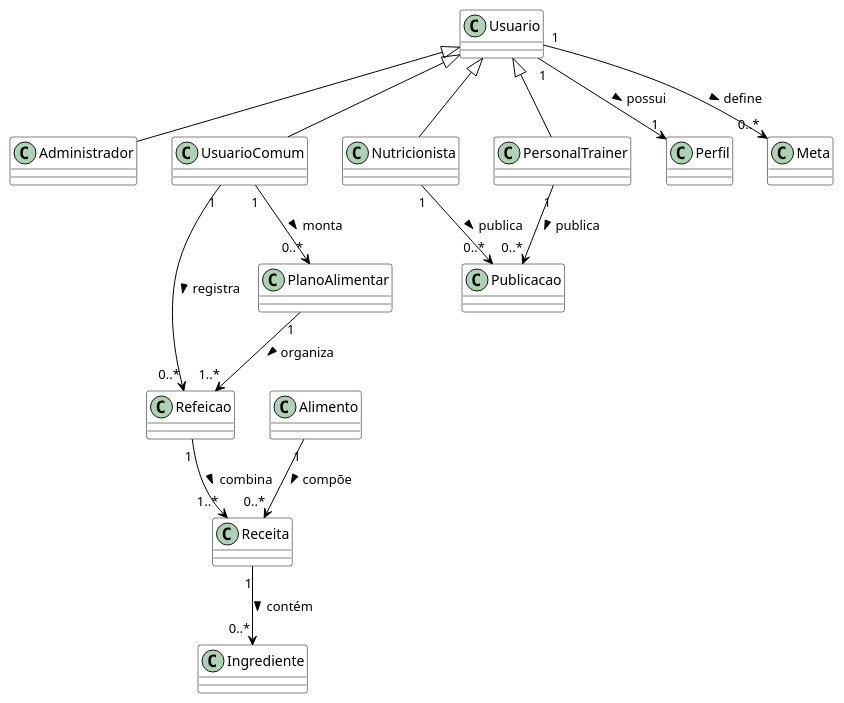
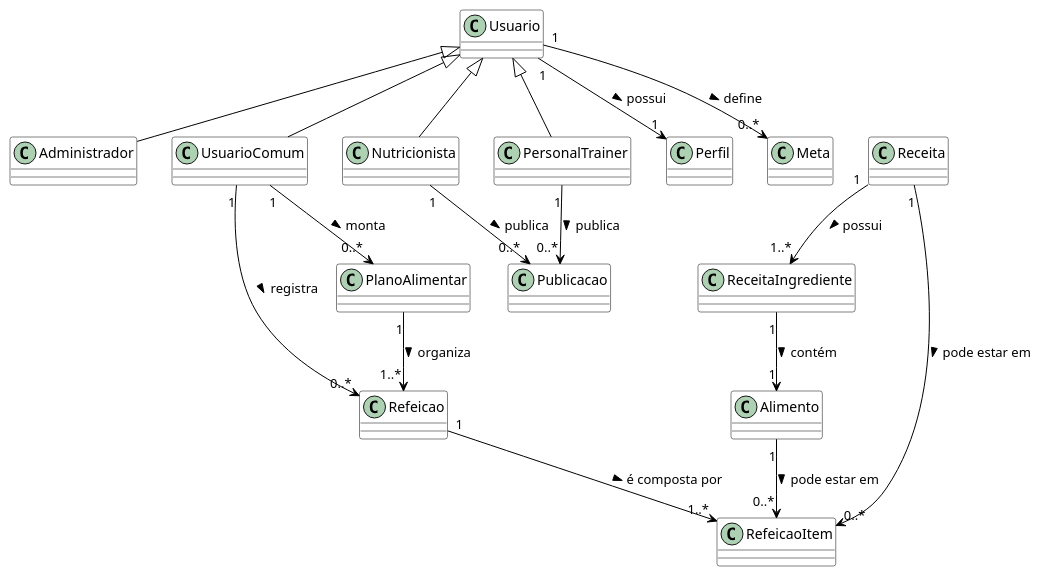
One commit to ICEI-PUC-Minas-PMV-SI/pmv-si-2025-2-pe3-t1-eixo3-projeto_nutri changed the diagram in docs/assets/classDiagram.puml. Above: the diagram before and after it, drawn with PlantUML. The commit also changed 2 other files, not shown here.

Commit message:
refactor: changes class diagram definition

```diff
--- a/docs/assets/classDiagram.puml
+++ b/docs/assets/classDiagram.puml
@@ -1,53 +1,56 @@
 @startuml
 skinparam class {
   BackgroundColor White
   ArrowColor Black
   BorderColor Black
 }
 
-class Usuario {
-}
-class Administrador {
-}
-class UsuarioComum {
-}
-class Nutricionista {
-}
-class PersonalTrainer {
-}
-class Perfil {
-}
-class Meta {
-}
-class Alimento {
-}
-class Receita {
-}
-class Ingrediente {
-}
-class Refeicao {
-}
-class PlanoAlimentar {
-}
-class Publicacao {
-}
+' Usuários
+class Usuario {}
+class Administrador {}
+class UsuarioComum {}
+class Nutricionista {}
+class PersonalTrainer {}
 
+' Perfil e Metas
+class Perfil {}
+class Meta {}
+
+' Alimentação
+class Alimento {}
+class Receita {}
+class ReceitaIngrediente {}
+class Refeicao {}
+class RefeicaoItem {}
+class PlanoAlimentar {}
+
+' Publicações
+class Publicacao {}
+
+' Heranças
 Usuario <|-- Administrador
 Usuario <|-- UsuarioComum
 Usuario <|-- Nutricionista
 Usuario <|-- PersonalTrainer
 
+' Relações de usuário
 Usuario "1" --> "1" Perfil : possui >
 Usuario "1" --> "0..*" Meta : define >
 UsuarioComum "1" --> "0..*" Refeicao : registra >
 UsuarioComum "1" --> "0..*" PlanoAlimentar : monta >
 
-Alimento "1" --> "0..*" Receita : compõe >
-Receita "1" --> "0..*" Ingrediente : contém >
+' Relações de alimentação
+Receita "1" --> "1..*" ReceitaIngrediente : possui >
+ReceitaIngrediente "1" --> "1" Alimento : contém >
 
-Refeicao "1" --> "1..*" Receita : combina >
+Receita "1" --> "0..*" RefeicaoItem : pode estar em >
+Alimento "1" --> "0..*" RefeicaoItem : pode estar em >
+Refeicao "1" --> "1..*" RefeicaoItem : é composta por >
+
 PlanoAlimentar "1" --> "1..*" Refeicao : organiza >
 
+' Publicações
 Nutricionista "1" --> "0..*" Publicacao : publica >
 PersonalTrainer "1" --> "0..*" Publicacao : publica >
+
 @enduml
```
